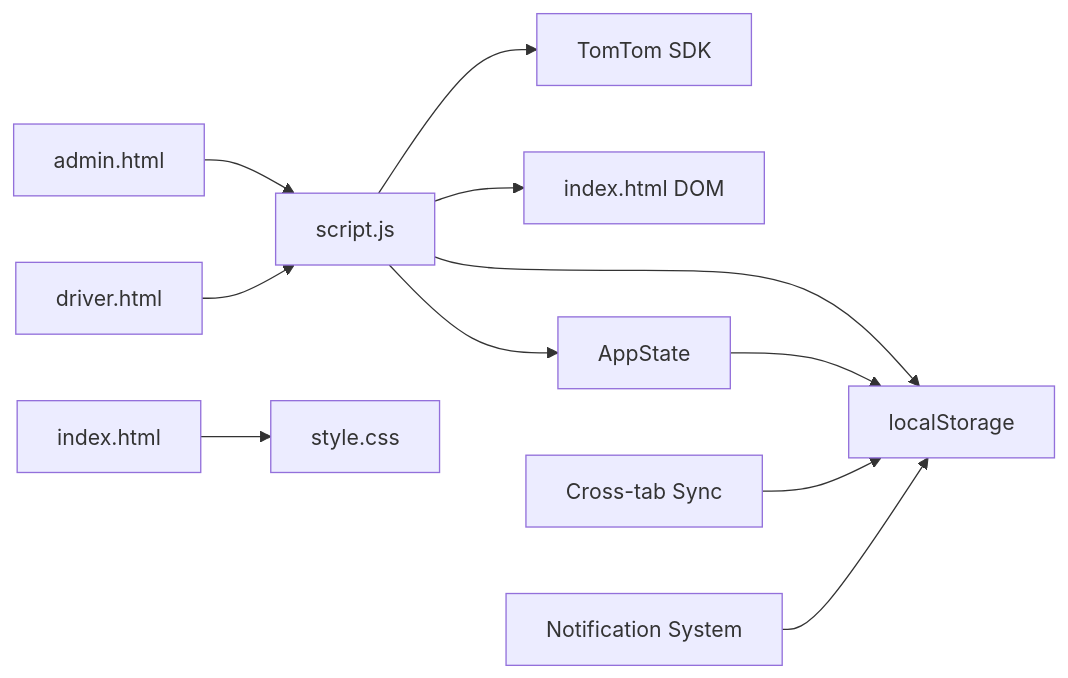
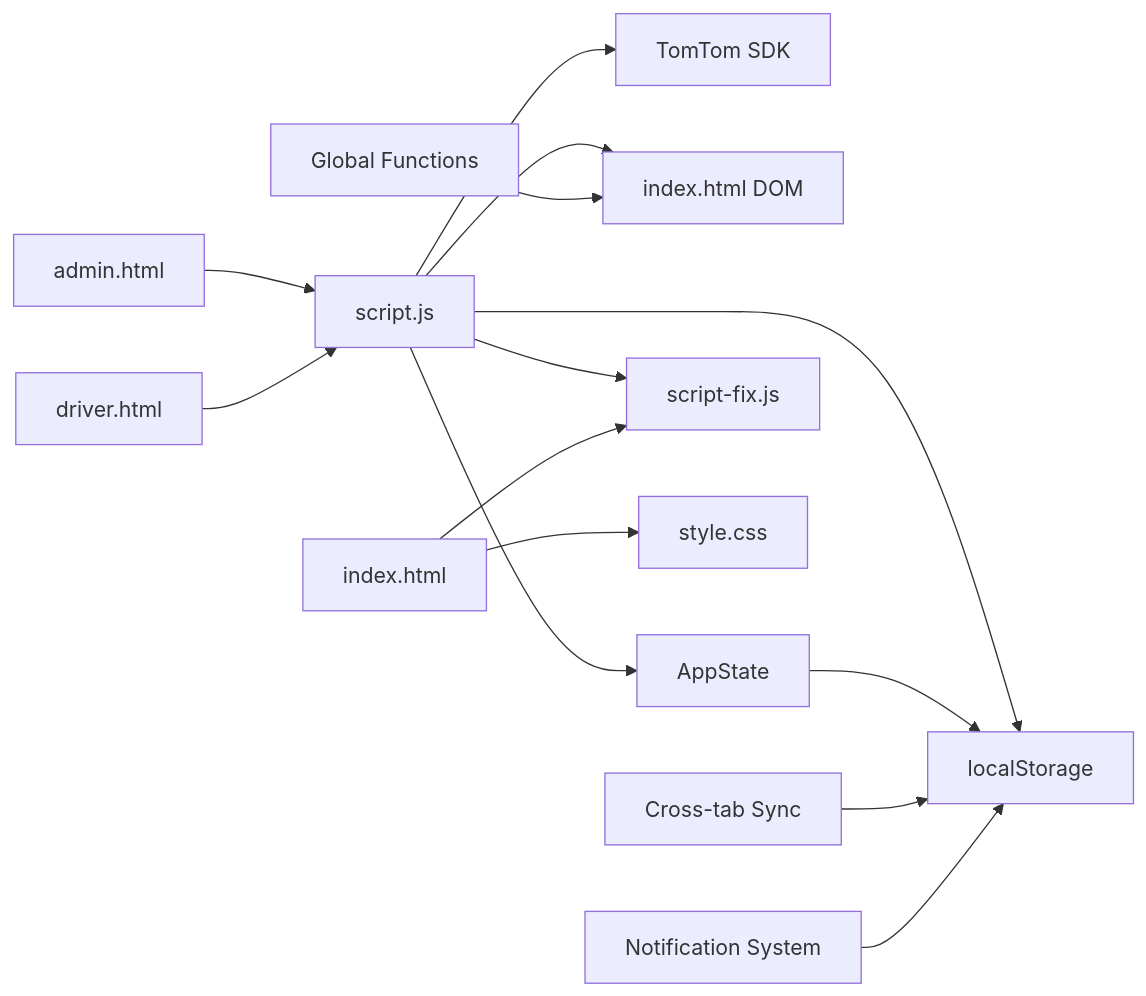
One commit to Rehanpatel3858/BusTrack-Pro changed the fifth of 5 diagrams in .qoder/repowiki/en/content/Fleet Management Features.md. Above: the diagram before and after it, drawn with Mermaid. The commit also changed other lines of this file and 6 other files, not shown here.

````diff
--- a/.qoder/repowiki/en/content/Fleet Management Features.md
+++ b/.qoder/repowiki/en/content/Fleet Management Features.md
@@ -629,13 +713,16 @@
 ```mermaid
 graph LR
 JS["script.js"] --> TT["TomTom SDK"]
 JS --> LS["localStorage"]
 JS --> DOM["index.html DOM"]
 JS --> AS["AppState"]
+JS --> SF["script-fix.js"]
 AS --> LS
 IDX["index.html"] --> CSS["style.css"]
+IDX --> SF
 ADM["admin.html"] --> JS
 DRV["driver.html"] --> JS
 CT["Cross-tab Sync"] --> LS
 NS["Notification System"] --> LS
+GF["Global Functions"] --> DOM
 ```
````
